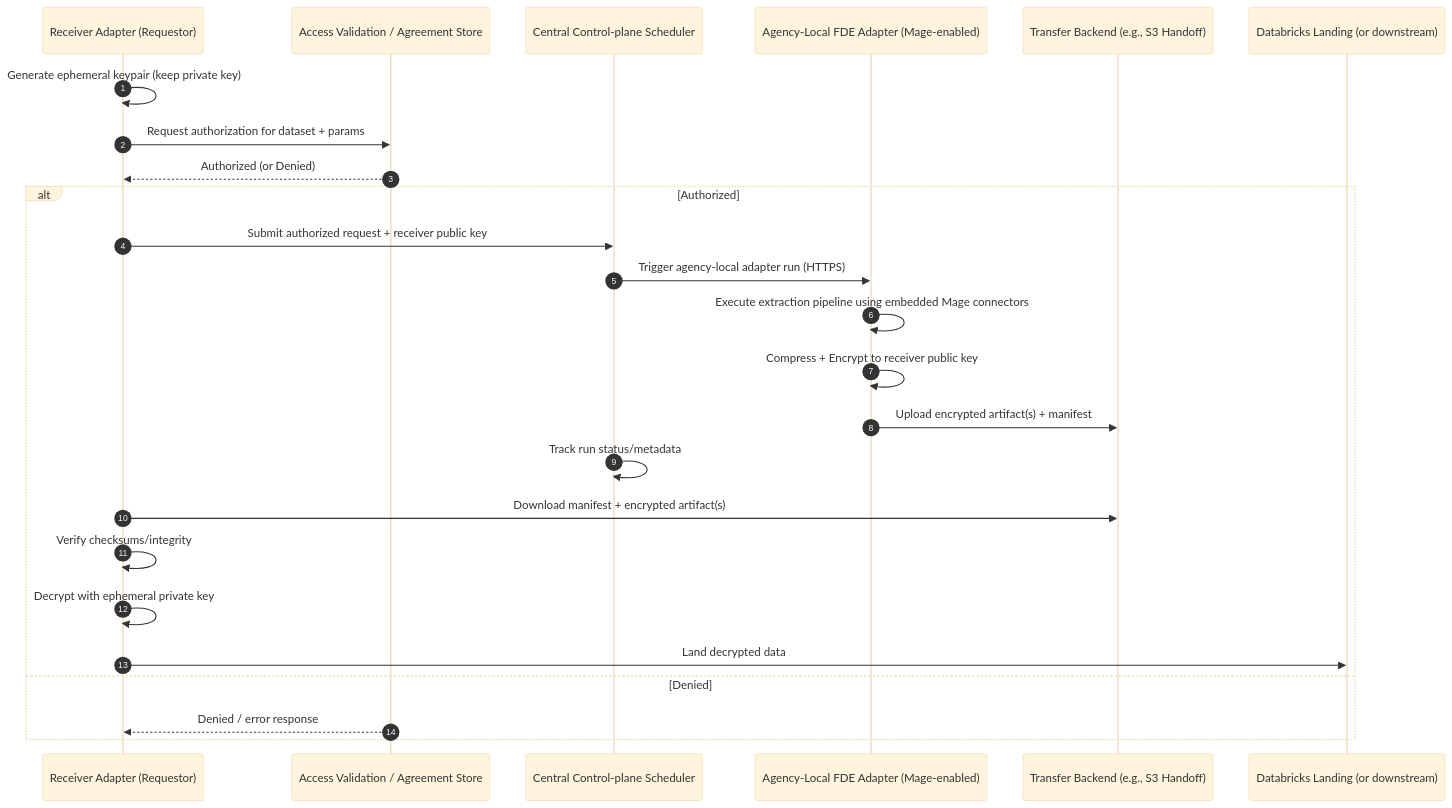
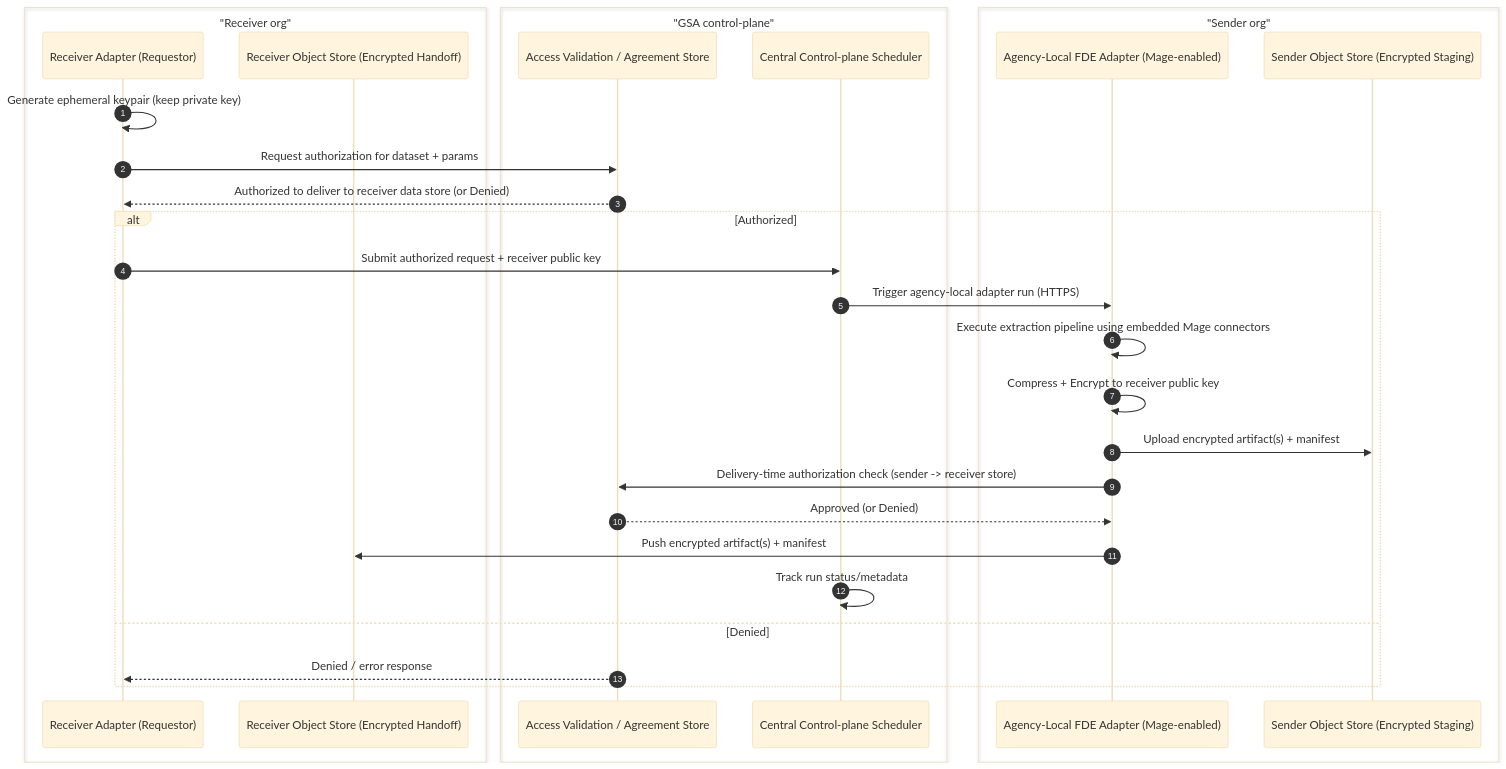
The third of 8 diagrams in docs/adr/0001-fde-architecture-diagrams.md (GSA-TTS/TTSE-Redwood), drawn with Mermaid (base theme) before and after one commit. The commit also changed other lines of this file and 1 other file, not shown here.

First line of the commit message:
adr: simplify zero-trust transfer diagrams and align v0.02 text

````diff
--- a/docs/adr/0001-fde-architecture-diagrams.md
+++ b/docs/adr/0001-fde-architecture-diagrams.md
@@ -63,29 +71,34 @@
 ```mermaid
 sequenceDiagram
   autonumber
-  participant R as Receiver Adapter (Requestor)
-  participant AV as Access Validation / Agreement Store
-  participant CP as Central Control-plane Scheduler
-  participant A as Agency-Local FDE Adapter (Mage-enabled)
-  participant T as Transfer Backend (e.g., S3 Handoff)
-  participant D as Databricks Landing (or downstream)
+  box "Receiver org"
+    participant R as Receiver Adapter (Requestor)
+    participant ROS as Receiver Object Store (Encrypted Handoff)
+  end
+  box "GSA control-plane"
+    participant AV as Access Validation / Agreement Store
+    participant CP as Central Control-plane Scheduler
+  end
+  box "Sender org"
+    participant A as Agency-Local FDE Adapter (Mage-enabled)
+    participant SOS as Sender Object Store (Encrypted Staging)
+  end
 
   R->>R: Generate ephemeral keypair (keep private key)
   R->>AV: Request authorization for dataset + params
-  AV-->>R: Authorized (or Denied)
+  AV-->>R: Authorized to deliver to receiver data store (or Denied)
 
   alt Authorized
     R->>CP: Submit authorized request + receiver public key
     CP->>A: Trigger agency-local adapter run (HTTPS)
     A->>A: Execute extraction pipeline using embedded Mage connectors
     A->>A: Compress + Encrypt to receiver public key
-    A->>T: Upload encrypted artifact(s) + manifest
+    A->>SOS: Upload encrypted artifact(s) + manifest
+    A->>AV: Delivery-time authorization check (sender -> receiver store)
+    AV-->>A: Approved (or Denied)
+    A->>ROS: Push encrypted artifact(s) + manifest
     CP->>CP: Track run status/metadata
-    R->>T: Download manifest + encrypted artifact(s)
-    R->>R: Verify checksums/integrity
-    R->>R: Decrypt with ephemeral private key
-    R->>D: Land decrypted data
   else Denied
     AV-->>R: Denied / error response
   end
 ```
````
